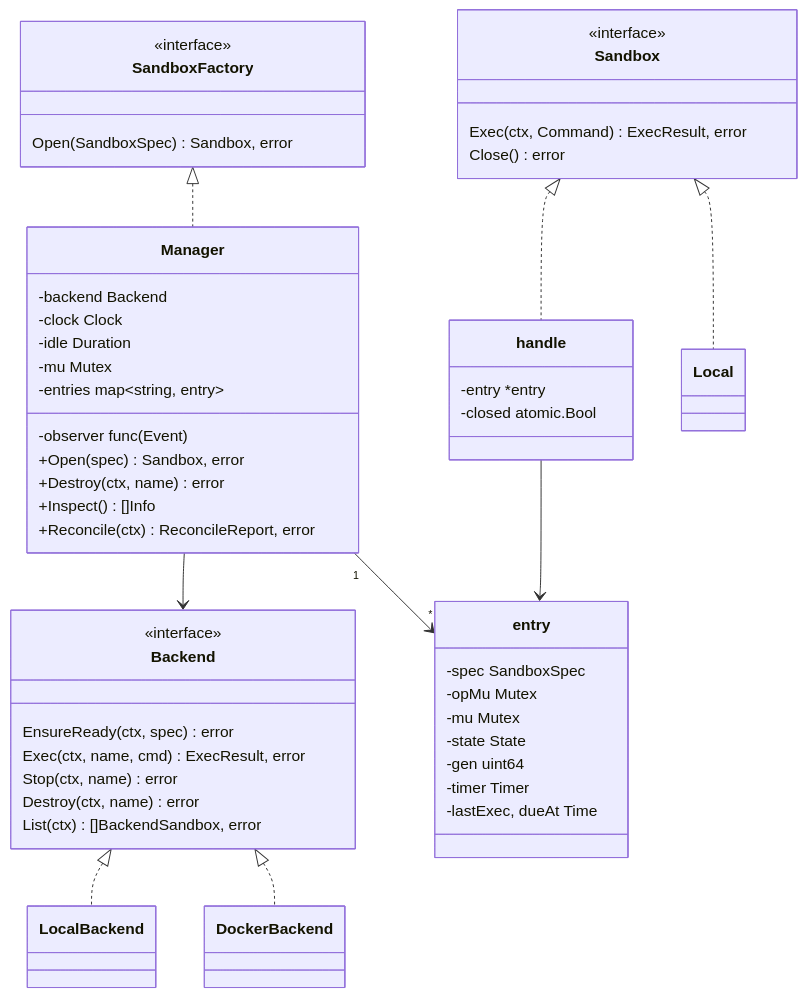
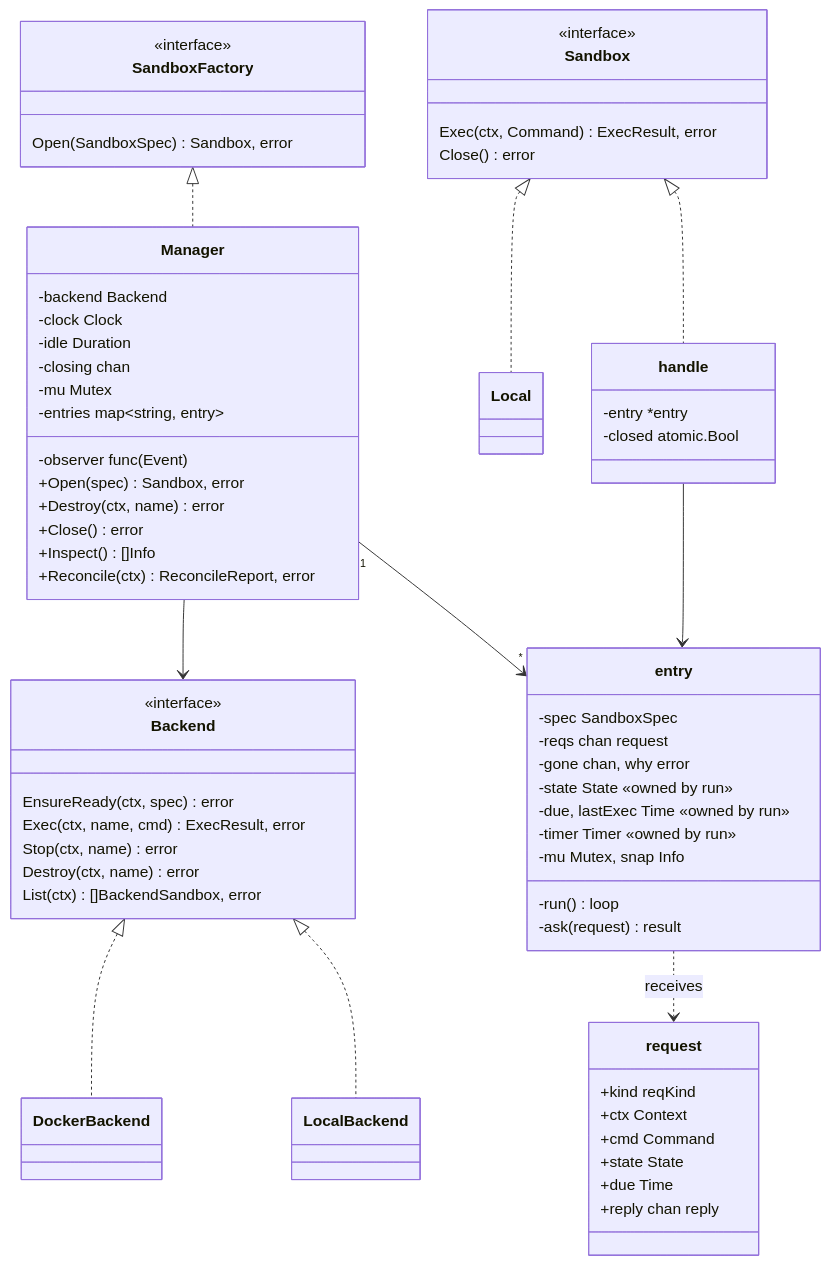
Before and after one commit to maikdotfi/metaharness: the second of 12 diagrams in docs/sandbox.md, drawn with Mermaid. The commit also changed other lines of this file and 6 other files, not shown here.

````diff
--- a/docs/sandbox.md
+++ b/docs/sandbox.md
@@ -72,54 +72,67 @@
 ```mermaid
 classDiagram
     class Sandbox {
         <<interface>>
         Exec(ctx, Command) ExecResult, error
         Close() error
     }
     class SandboxFactory {
         <<interface>>
         Open(SandboxSpec) Sandbox, error
     }
     class Backend {
         <<interface>>
         EnsureReady(ctx, spec) error
         Exec(ctx, name, cmd) ExecResult, error
         Stop(ctx, name) error
         Destroy(ctx, name) error
         List(ctx) []BackendSandbox, error
     }
     class Manager {
         -backend Backend
         -clock Clock
         -idle Duration
         -observer func(Event)
+        -closing chan
         -mu Mutex
         -entries map~string, entry~
         +Open(spec) Sandbox, error
         +Destroy(ctx, name) error
+        +Close() error
         +Inspect() []Info
         +Reconcile(ctx) ReconcileReport, error
     }
     class entry {
         -spec SandboxSpec
-        -opMu Mutex
-        -mu Mutex
-        -state State
-        -gen uint64
-        -timer Timer
-        -lastExec, dueAt Time
+        -reqs chan request
+        -gone chan, why error
+        -state State «owned by run»
+        -due, lastExec Time «owned by run»
+        -timer Timer «owned by run»
+        -mu Mutex, snap Info
+        -run() loop
+        -ask(request) result
+    }
+    class request {
+        +kind reqKind
+        +ctx Context
+        +cmd Command
+        +state State
+        +due Time
+        +reply chan reply
     }
     class handle {
         -entry *entry
         -closed atomic.Bool
     }
 
     SandboxFactory <|.. Manager
     Sandbox <|.. handle
     Sandbox <|.. Local
     Backend <|.. LocalBackend
     Backend <|.. DockerBackend
     Manager "1" --> "*" entry
     handle --> entry
+    entry ..> request : receives
     Manager --> Backend
 ```
````
